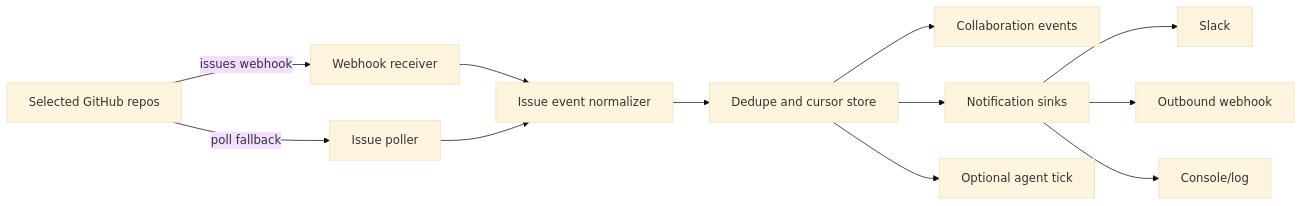
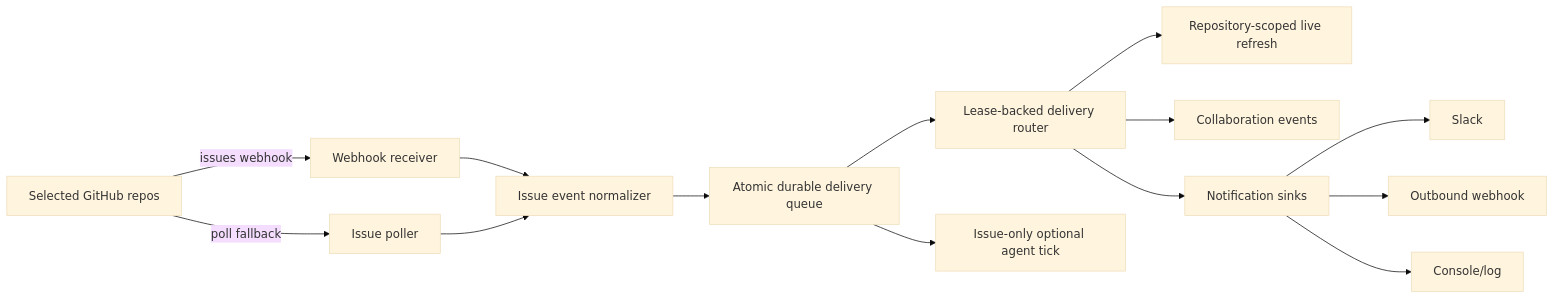
The diagram in docs/developer/github-watch-daemon.md (Negentropy-Laby/OpenSlack), drawn with Mermaid (base theme) before and after one commit. The commit also changed other lines of this file and 20 other files, not shown here.

Commit message:
github: add durable repository delivery router

````diff
--- a/docs/developer/github-watch-daemon.md
+++ b/docs/developer/github-watch-daemon.md
@@ -79,14 +90,16 @@
 ```mermaid
 flowchart LR
   GitHub["Selected GitHub repos"] -->|"issues webhook"| Receiver["Webhook receiver"]
   GitHub -->|"poll fallback"| Poller["Issue poller"]
   Receiver --> Normalizer["Issue event normalizer"]
   Poller --> Normalizer
-  Normalizer --> Dedupe["Dedupe and cursor store"]
-  Dedupe --> Events["Collaboration events"]
-  Dedupe --> Notify["Notification sinks"]
+  Normalizer --> Queue["Atomic durable delivery queue"]
+  Queue --> Router["Lease-backed delivery router"]
+  Router --> Live["Repository-scoped live refresh"]
+  Router --> Events["Collaboration events"]
+  Router --> Notify["Notification sinks"]
   Notify --> Slack["Slack"]
   Notify --> Webhook["Outbound webhook"]
   Notify --> Console["Console/log"]
-  Dedupe --> Agent["Optional agent tick"]
+  Queue --> Agent["Issue-only optional agent tick"]
 ```
````
